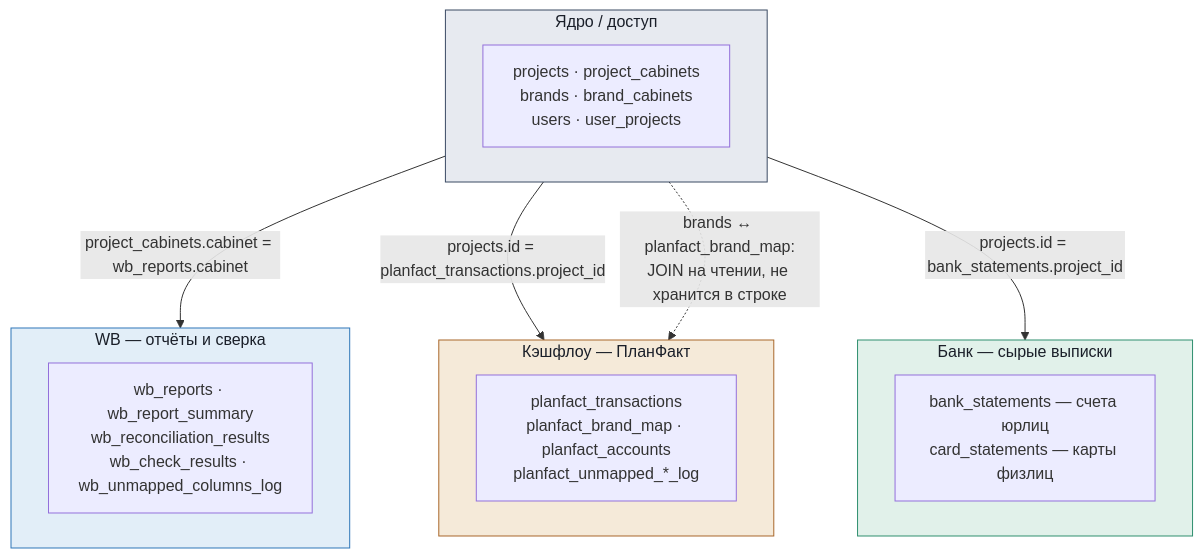
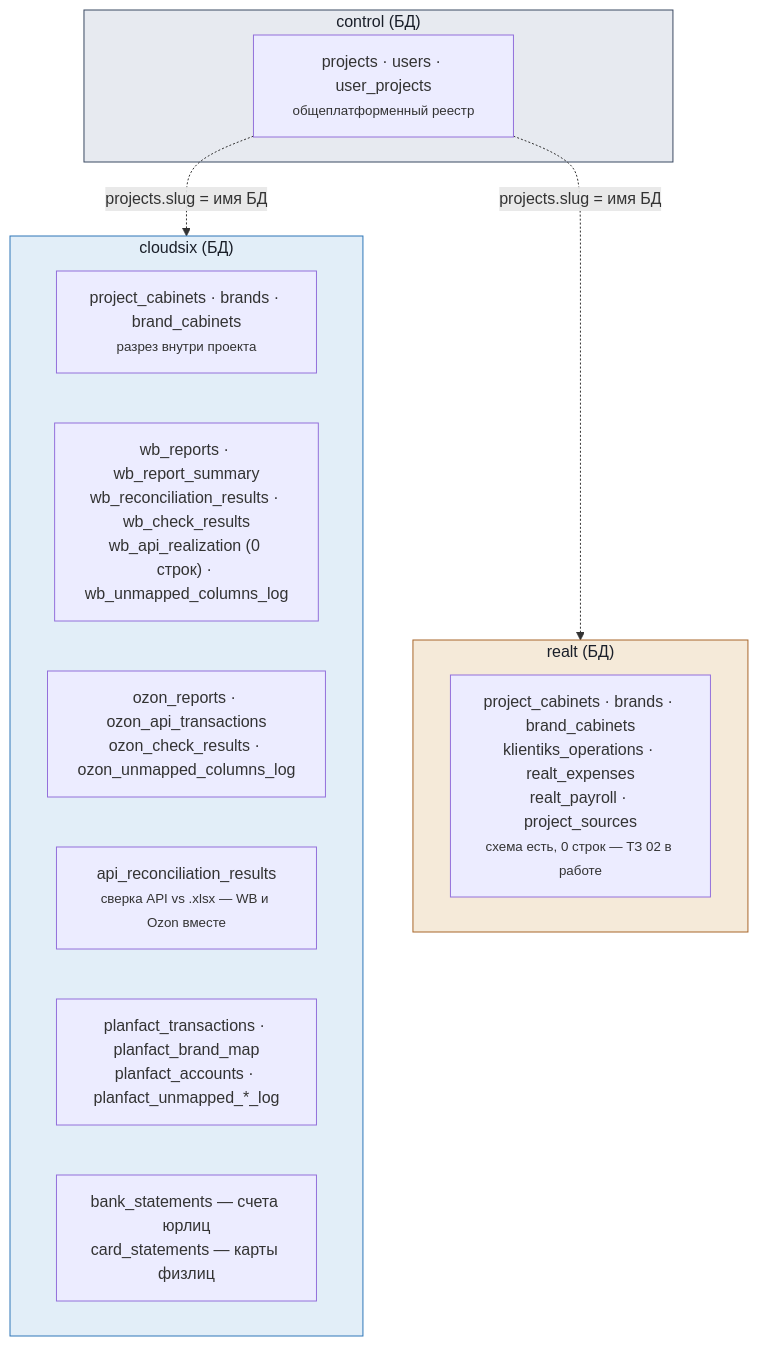
The third of 4 diagrams in docs/architecture-map.md (IGfinance/bf-analytics-platform), drawn with Mermaid before and after one commit. The commit also changed other lines of this file and 3 other files, not shown here.

````diff
--- a/docs/architecture-map.md
+++ b/docs/architecture-map.md
@@ -90,28 +100,26 @@
 ```mermaid
 flowchart TD
-    subgraph CORE["Ядро / доступ"]
-        C1["projects · project_cabinets<br/>brands · brand_cabinets<br/>users · user_projects"]
+    subgraph CTRL["control (БД)"]
+        C1["projects · users · user_projects<br/><small>общеплатформенный реестр</small>"]
     end
 
-    subgraph WB["WB — отчёты и сверка"]
-        W1["wb_reports · wb_report_summary<br/>wb_reconciliation_results<br/>wb_check_results · wb_unmapped_columns_log"]
+    subgraph CS["cloudsix (БД)"]
+        CS0["project_cabinets · brands · brand_cabinets<br/><small>разрез внутри проекта</small>"]
+        CS1["wb_reports · wb_report_summary<br/>wb_reconciliation_results · wb_check_results<br/>wb_api_realization (0 строк) · wb_unmapped_columns_log"]
+        CS2["ozon_reports · ozon_api_transactions<br/>ozon_check_results · ozon_unmapped_columns_log"]
+        CS3["api_reconciliation_results<br/><small>сверка API vs .xlsx — WB и Ozon вместе</small>"]
+        CS4["planfact_transactions · planfact_brand_map<br/>planfact_accounts · planfact_unmapped_*_log"]
+        CS5["bank_statements — счета юрлиц<br/>card_statements — карты физлиц"]
     end
 
-    subgraph PF["Кэшфлоу — ПланФакт"]
-        P1["planfact_transactions<br/>planfact_brand_map · planfact_accounts<br/>planfact_unmapped_*_log"]
+    subgraph RT["realt (БД)"]
+        R1["project_cabinets · brands · brand_cabinets<br/>klientiks_operations · realt_expenses<br/>realt_payroll · project_sources<br/><small>схема есть, 0 строк — ТЗ 02 в работе</small>"]
     end
 
-    subgraph BANK["Банк — сырые выписки"]
-        B1["bank_statements — счета юрлиц<br/>card_statements — карты физлиц"]
-    end
+    C1 -. "projects.slug = имя БД" .-> CS
+    C1 -. "projects.slug = имя БД" .-> RT
 
-    CORE -- "project_cabinets.cabinet = wb_reports.cabinet" --> WB
-    CORE -- "projects.id = planfact_transactions.project_id" --> PF
-    CORE -- "projects.id = bank_statements.project_id" --> BANK
-    CORE -. "brands ↔ planfact_brand_map:<br/>JOIN на чтении, не хранится в строке" .-> PF
-
-    style CORE fill:#e7eaf0,stroke:#3b4a63,color:#1a1f29
-    style WB fill:#e2eef8,stroke:#2e76b8,color:#1a1f29
-    style PF fill:#f5ead9,stroke:#a8672b,color:#1a1f29
-    style BANK fill:#e1f1ea,stroke:#2f8f6e,color:#1a1f29
+    style CTRL fill:#e7eaf0,stroke:#3b4a63,color:#1a1f29
+    style CS fill:#e2eef8,stroke:#2e76b8,color:#1a1f29
+    style RT fill:#f5ead9,stroke:#a8672b,color:#1a1f29
 ```
````
